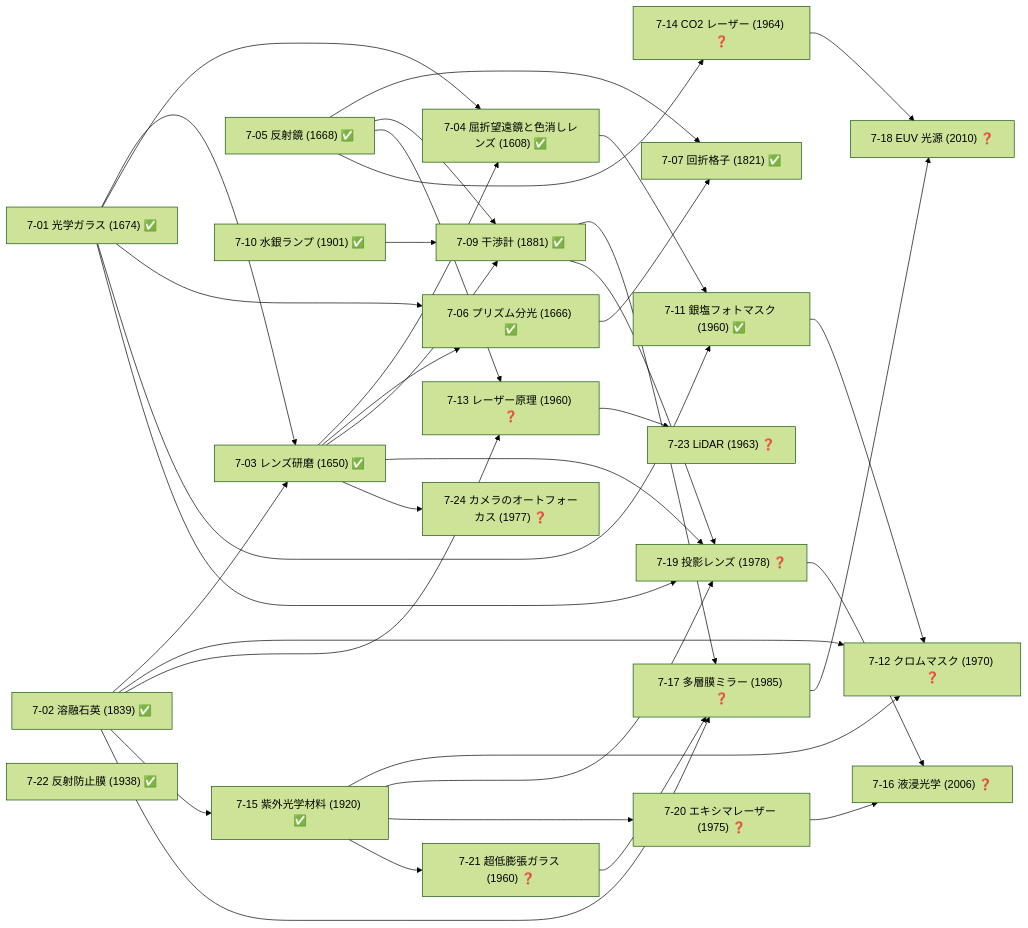
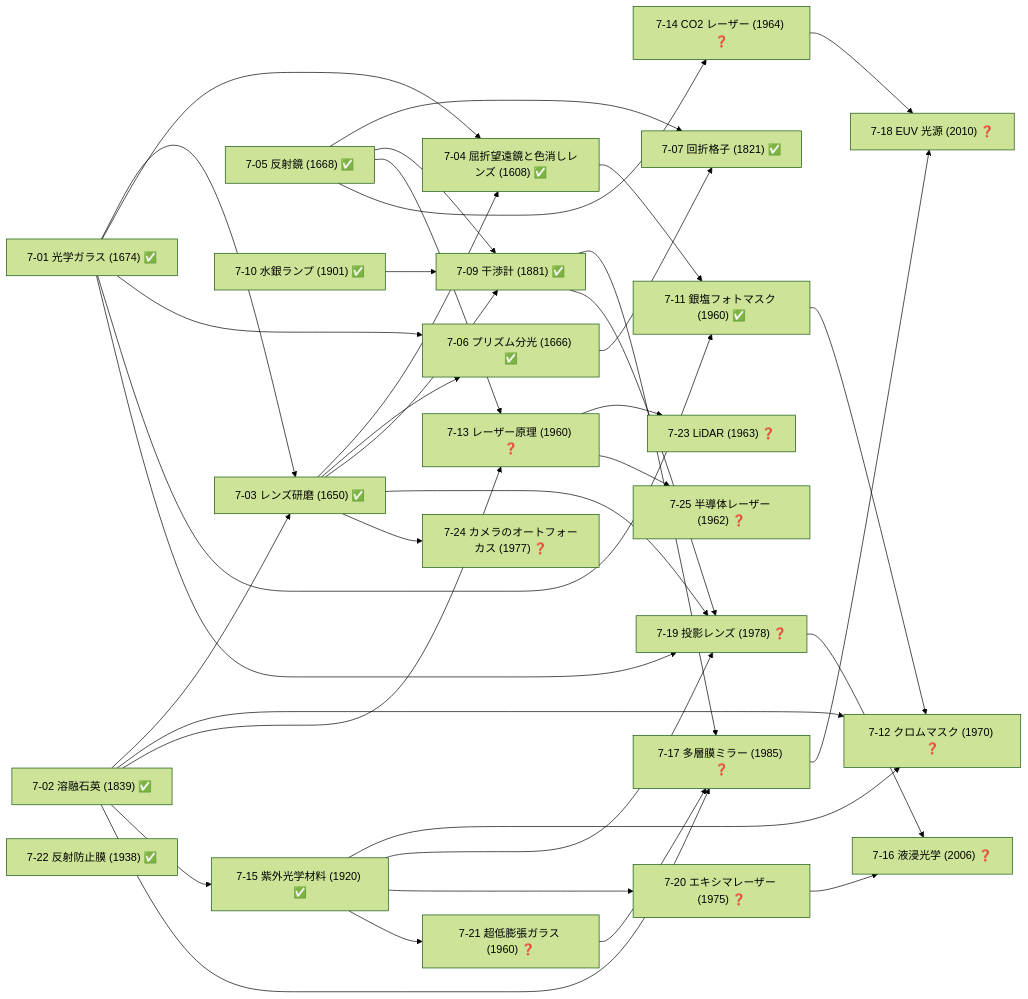
The tenth of 19 diagrams in docs/TECH_TREE_VIEW.md (taku3i0317-collab/semiconductor-lab), drawn with Mermaid (forest theme) before and after one commit. The commit also changed other lines of this file and 8 other files, not shown here.

````diff
--- a/docs/TECH_TREE_VIEW.md
+++ b/docs/TECH_TREE_VIEW.md
@@ -506,61 +506,63 @@
 ```mermaid
 graph LR
   n7_01["7-01 光学ガラス (1674) ✅"]
   n7_02["7-02 溶融石英 (1839) ✅"]
   n7_03["7-03 レンズ研磨 (1650) ✅"]
   n7_04["7-04 屈折望遠鏡と色消しレンズ (1608) ✅"]
   n7_05["7-05 反射鏡 (1668) ✅"]
   n7_06["7-06 プリズム分光 (1666) ✅"]
   n7_07["7-07 回折格子 (1821) ✅"]
   n7_09["7-09 干渉計 (1881) ✅"]
   n7_10["7-10 水銀ランプ (1901) ✅"]
   n7_11["7-11 銀塩フォトマスク (1960) ✅"]
   n7_12["7-12 クロムマスク (1970) ❓"]
   n7_13["7-13 レーザー原理 (1960) ❓"]
   n7_14["7-14 CO2 レーザー (1964) ❓"]
   n7_15["7-15 紫外光学材料 (1920) ✅"]
   n7_16["7-16 液浸光学 (2006) ❓"]
   n7_17["7-17 多層膜ミラー (1985) ❓"]
   n7_18["7-18 EUV 光源 (2010) ❓"]
   n7_19["7-19 投影レンズ (1978) ❓"]
   n7_20["7-20 エキシマレーザー (1975) ❓"]
   n7_21["7-21 超低膨張ガラス (1960) ❓"]
   n7_22["7-22 反射防止膜 (1938) ✅"]
   n7_23["7-23 LiDAR (1963) ❓"]
   n7_24["7-24 カメラのオートフォーカス (1977) ❓"]
+  n7_25["7-25 半導体レーザー (1962) ❓"]
   n7_01-->n7_03
   n7_02-->n7_03
   n7_01-->n7_04
   n7_03-->n7_04
   n7_01-->n7_06
   n7_03-->n7_06
   n7_05-->n7_07
   n7_06-->n7_07
   n7_03-->n7_09
   n7_05-->n7_09
   n7_10-->n7_09
   n7_01-->n7_11
   n7_04-->n7_11
   n7_02-->n7_12
   n7_11-->n7_12
   n7_15-->n7_12
   n7_02-->n7_13
   n7_05-->n7_13
   n7_05-->n7_14
   n7_02-->n7_15
   n7_19-->n7_16
   n7_20-->n7_16
   n7_02-->n7_17
   n7_09-->n7_17
   n7_21-->n7_17
   n7_14-->n7_18
   n7_17-->n7_18
   n7_01-->n7_19
   n7_03-->n7_19
   n7_09-->n7_19
   n7_15-->n7_19
   n7_15-->n7_20
   n7_15-->n7_21
   n7_13-->n7_23
   n7_03-->n7_24
+  n7_13-->n7_25
 ```
````
